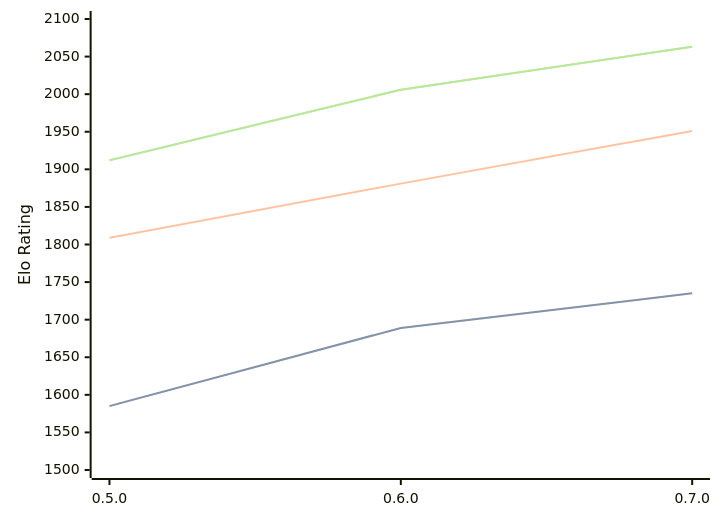
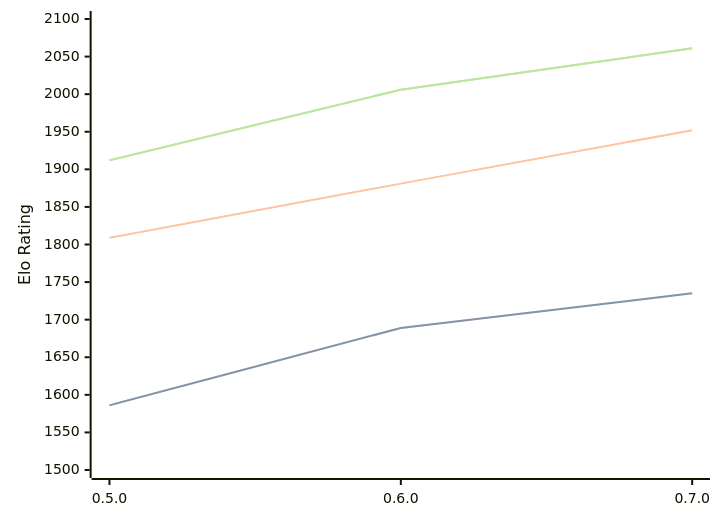
Before and after one commit to computer-chess-index/cci: the diagram in engines/Chess-rs.md, drawn with Mermaid. The commit also changed other lines of this file, not shown here.

Commit message:
Update CCI Ratings (ELO VLTC) - 2026-03-27

````diff
--- a/engines/Chess-rs.md
+++ b/engines/Chess-rs.md
@@ -41,11 +41,11 @@
 ```mermaid
 %%{init: {"theme":"base","themeVariables":{"seriesColors:['#a3a3a3','#222221','#faa371']}}}%%
 xychart-beta
   x-axis ["0.5.0", "0.6.0", "0.7.0"]
   y-axis "Elo Rating" 1500 --> 2100
-  line "STC (8.0+0.08s)" [1585, 1689, 1735]
-  line "STC (8.0+0.08s)" [1585, 1689, 1735]
-  line "LTC (60.0+0.60s)" [1809, 1881, 1951]
-  line "VLTC (2m24s+1.12s)" [1912, 2006, 2063]
-  line "VLTC (2m24s+1.12s)" [1912, 2006, 2063]
+  line "STC (8.0+0.08s)" [1586, 1689, 1735]
+  line "STC (8.0+0.08s)" [1586, 1689, 1735]
+  line "LTC (60.0+0.60s)" [1809, 1881, 1952]
+  line "VLTC (2m24s+1.12s)" [1912, 2006, 2061]
+  line "VLTC (2m24s+1.12s)" [1912, 2006, 2061]
 ```
````
